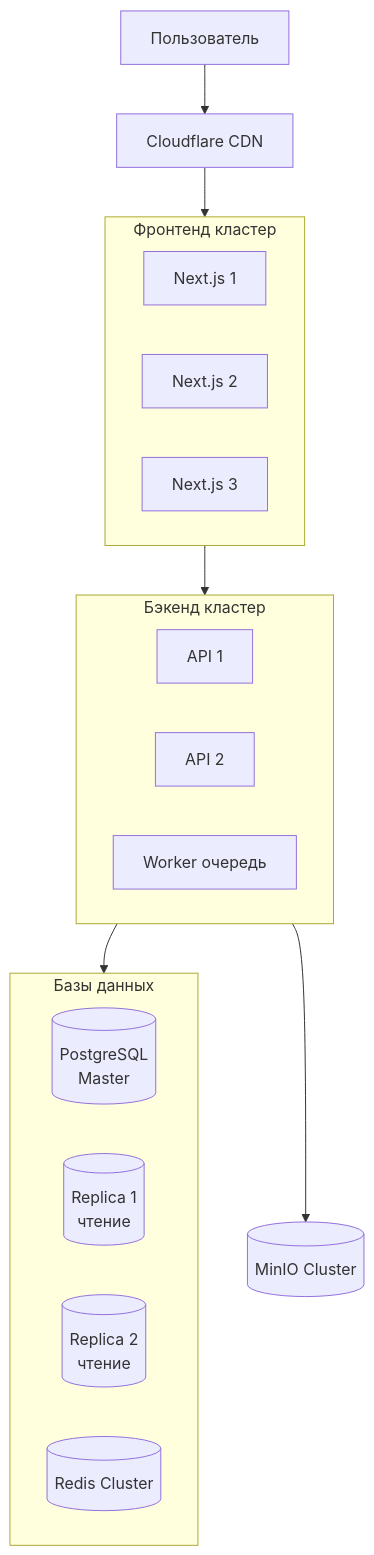
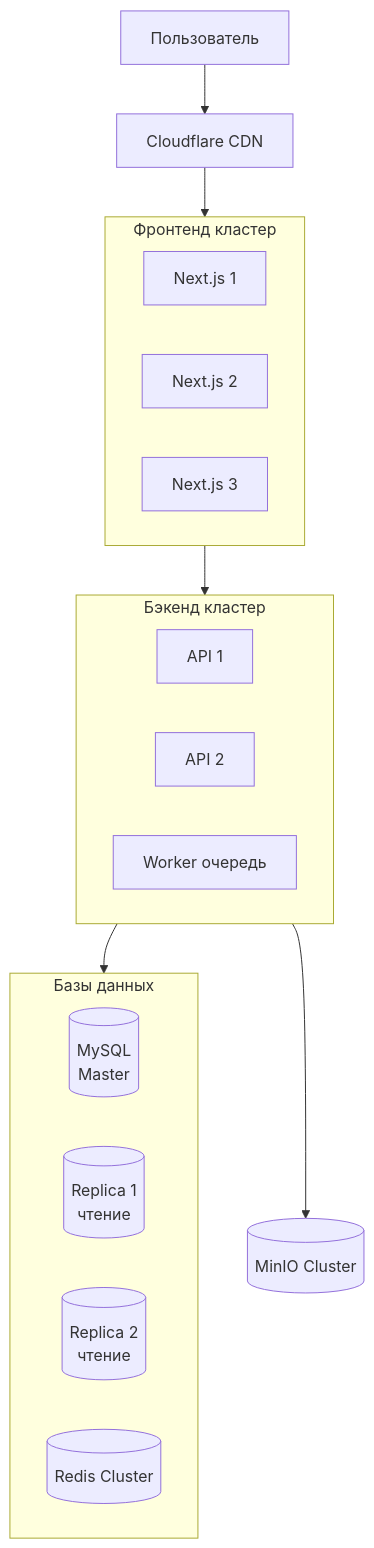
One commit to Zwelakhe-git/News-Platform-Politech changed the second of 2 diagrams in Requirements.md. Above: the diagram before and after it, drawn with Mermaid. The commit also changed other lines of this file, not shown here.

First line of the commit message:
Revise requirements and architecture for news platform

````diff
--- a/Requirements.md
+++ b/Requirements.md
@@ -206,28 +283,28 @@
 ```mermaid
 graph TD
     User[Пользователь] --> Cloudflare[Cloudflare CDN]
     
     subgraph FE [Фронтенд кластер]
         Next1[Next.js 1]
         Next2[Next.js 2]
         Next3[Next.js 3]
     end
     
     subgraph BE [Бэкенд кластер]
         API1[API 1]
         API2[API 2]
         Worker[Worker очередь]
     end
     
     subgraph DB [Базы данных]
-        PG_Master[(PostgreSQL<br/>Master)]
+        PG_Master[(MySQL<br/>Master)]
         PG_Slave1[(Replica 1<br/>чтение)]
         PG_Slave2[(Replica 2<br/>чтение)]
         Redis_Cluster[(Redis Cluster)]
     end
     
     Cloudflare --> FE
     FE --> BE
     BE --> DB
     BE --> MinIO[(MinIO Cluster)]
 ```
````
